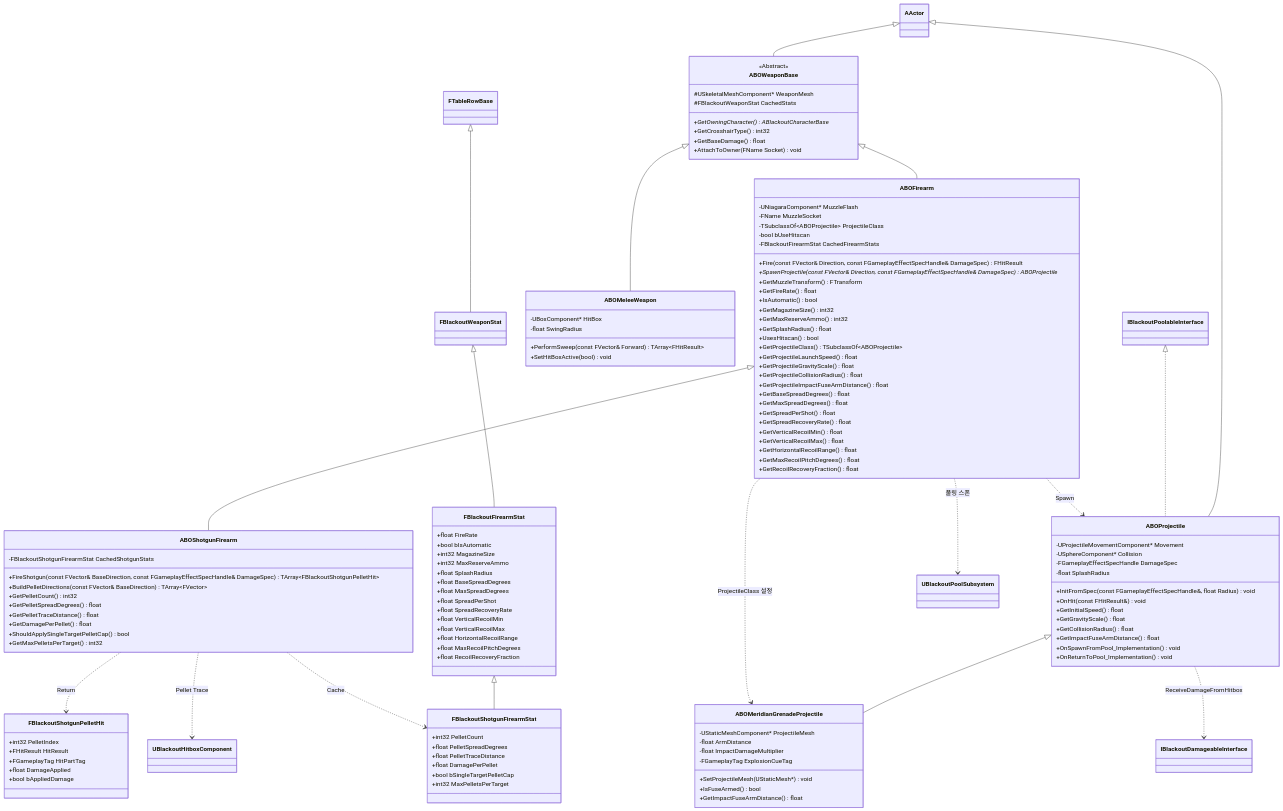
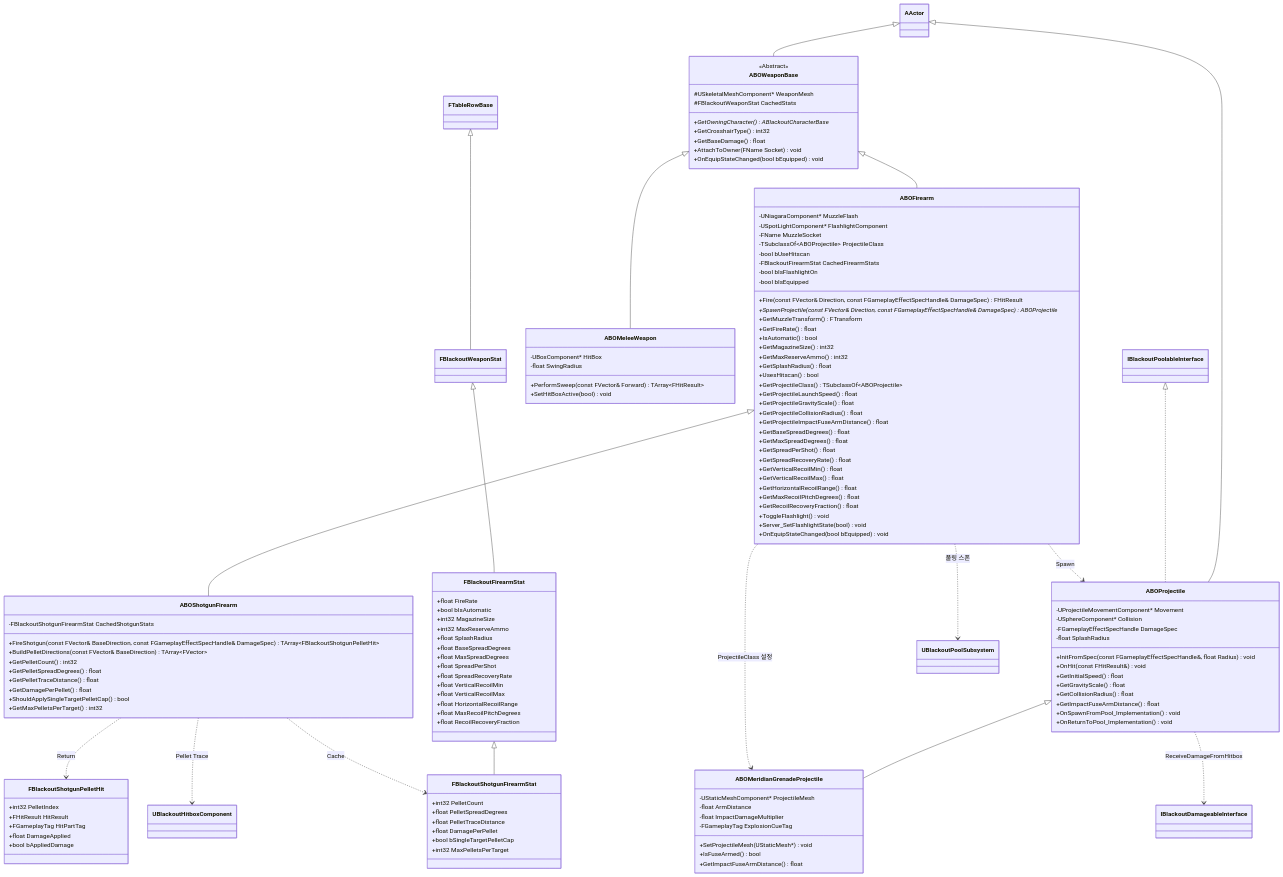
One commit to seongwon1579/ProjectBlackout changed the diagram in Docs/Combat/02_Weapon_Hierarchy.md. Above: the diagram before and after it, drawn with Mermaid. The commit also changed 7 other files, not shown here.

```diff
--- a/Docs/Combat/02_Weapon_Hierarchy.md
+++ b/Docs/Combat/02_Weapon_Hierarchy.md
@@ -27,14 +27,18 @@
         +GetCrosshairType() int32
         +GetBaseDamage() float
         +AttachToOwner(FName Socket) void
+        +OnEquipStateChanged(bool bEquipped) void
     }
 
     class ABOFirearm {
         -UNiagaraComponent* MuzzleFlash
+        -USpotLightComponent* FlashlightComponent
         -FName MuzzleSocket
         -TSubclassOf~ABOProjectile~ ProjectileClass
         -bool bUseHitscan
         -FBlackoutFirearmStat CachedFirearmStats
+        -bool bIsFlashlightOn
+        -bool bIsEquipped
         +Fire(const FVector& Direction, const FGameplayEffectSpecHandle& DamageSpec) FHitResult
         +SpawnProjectile(const FVector& Direction, const FGameplayEffectSpecHandle& DamageSpec) ABOProjectile*
         +GetMuzzleTransform() FTransform
@@ -58,6 +62,9 @@
         +GetHorizontalRecoilRange() float
         +GetMaxRecoilPitchDegrees() float
         +GetRecoilRecoveryFraction() float
+        +ToggleFlashlight() void
+        +Server_SetFlashlightState(bool) void
+        +OnEquipStateChanged(bool bEquipped) void
     }
 
     class ABOShotgunFirearm {
```
